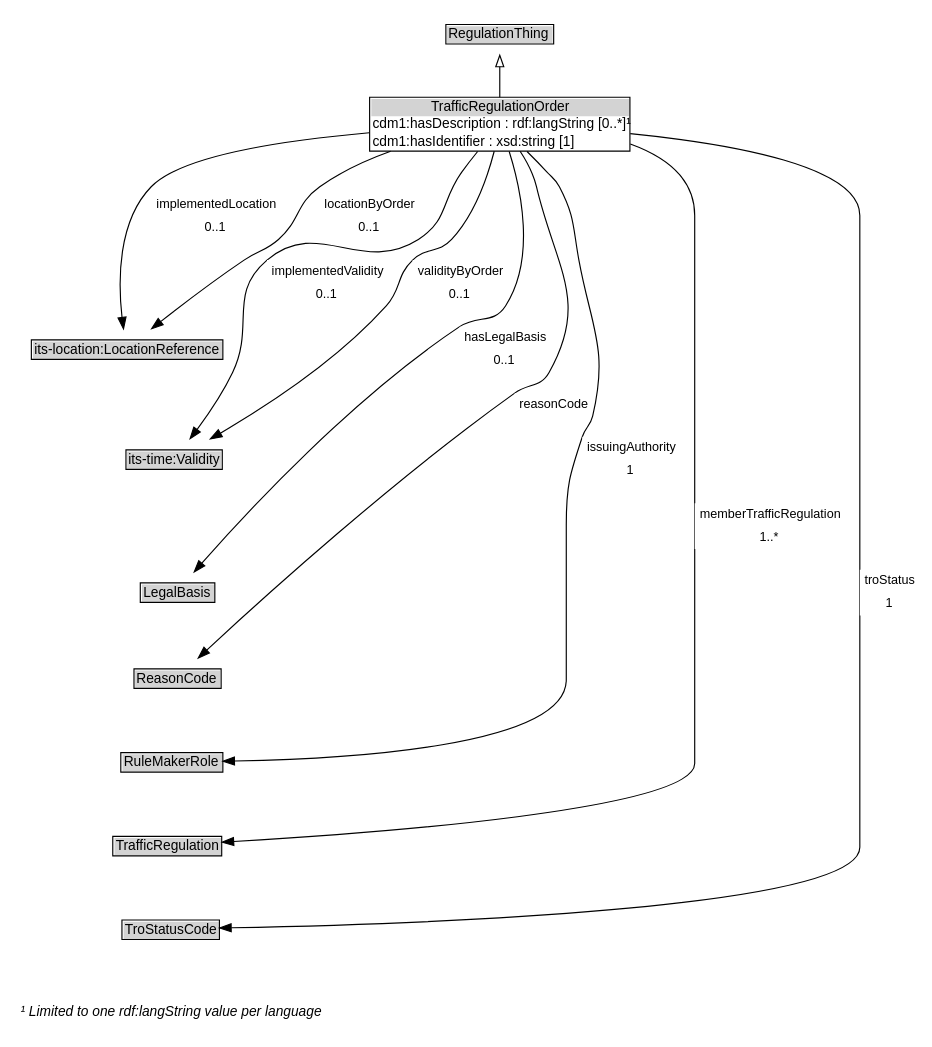
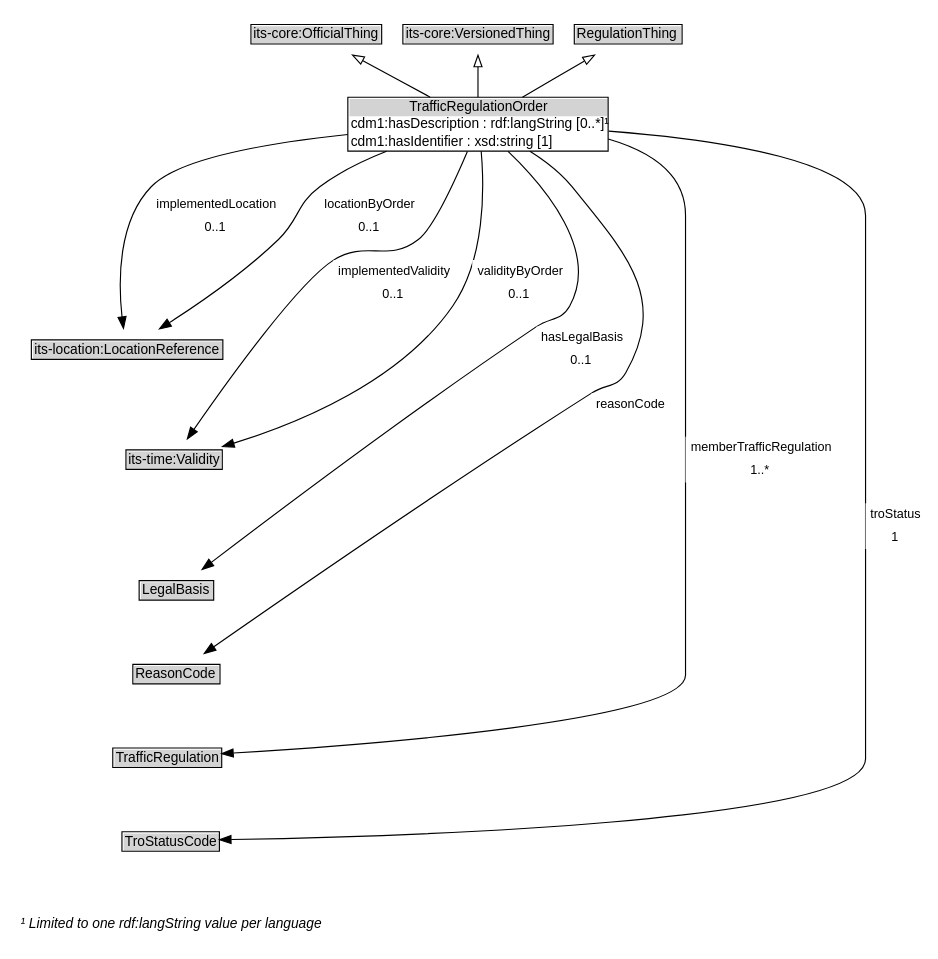
One commit to k-vaughn/ontology-its-regulation changed the diagram in docs/diagrams/TrafficRegulationOrder.dot. Above: the diagram before and after it, drawn with Graphviz. The commit also changed 98 other files, not shown here.

```diff
--- a/docs/diagrams/TrafficRegulationOrder.dot
+++ b/docs/diagrams/TrafficRegulationOrder.dot
@@ -1,52 +1,52 @@
 // Diagram for TrafficRegulationOrder
 digraph {
 	graph [overlap=false rankdir=TB splines=true]
 	node [fontname=Arial fontsize=12 margin=0 shape=none]
 	edge [fontname=Arial fontsize=11]
 	{
 		rank=source
+		"its-core_OfficialThing" [label=<<TABLE BORDER="1" CELLBORDER="0" CELLSPACING="0" CELLPADDING="1"><TR><TD BGCOLOR="lightgray" ALIGN="CENTER">its-core:OfficialThing</TD></TR></TABLE>> URL="https://w3id.org/itsdata/core/v1/OfficialThing" margin=0]
+		"its-core_VersionedThing" [label=<<TABLE BORDER="1" CELLBORDER="0" CELLSPACING="0" CELLPADDING="1"><TR><TD BGCOLOR="lightgray" ALIGN="CENTER">its-core:VersionedThing</TD></TR></TABLE>> URL="https://w3id.org/itsdata/core/v1/VersionedThing" margin=0]
 		RegulationThing [label=<<TABLE BORDER="1" CELLBORDER="0" CELLSPACING="0" CELLPADDING="1"><TR><TD BGCOLOR="lightgray" ALIGN="CENTER">RegulationThing</TD></TR></TABLE>> URL="../RegulationThing" margin=0]
 	}
 	TrafficRegulationOrder [label=<<TABLE BORDER="1" CELLBORDER="0" CELLSPACING="0" CELLPADDING="1"><TR><TD BGCOLOR="lightgray" ALIGN="CENTER">TrafficRegulationOrder</TD></TR><TR><TD ALIGN="LEFT">cdm1:hasDescription : rdf:langString [0..*]¹</TD></TR><TR><TD ALIGN="LEFT">cdm1:hasIdentifier : xsd:string [1]</TD></TR></TABLE>> URL="../TrafficRegulationOrder" margin=0]
 	{
 		rank=max
 	}
 	subgraph cluster_associated {
 		label="" style=invis
 		Invis [label=<<TABLE BORDER="0" CELLBORDER="0" CELLSPACING="0" CELLPADDING="1"><TR><TD></TD></TR></TABLE>> margin=0 style=invis]
 		"its-location_LocationReference" [label=<<TABLE BORDER="1" CELLBORDER="0" CELLSPACING="0" CELLPADDING="1"><TR><TD BGCOLOR="lightgray" ALIGN="CENTER">its-location:LocationReference</TD></TR></TABLE>> URL="https://w3id.org/itsdata/location/v1/LocationReference" margin=0]
 		"its-time_Validity" [label=<<TABLE BORDER="1" CELLBORDER="0" CELLSPACING="0" CELLPADDING="1"><TR><TD BGCOLOR="lightgray" ALIGN="CENTER">its-time:Validity</TD></TR></TABLE>> URL="https://w3id.org/itsdata/time/v1/Validity" margin=0]
 		LegalBasis [label=<<TABLE BORDER="1" CELLBORDER="0" CELLSPACING="0" CELLPADDING="1"><TR><TD BGCOLOR="lightgray" ALIGN="CENTER">LegalBasis</TD></TR></TABLE>> URL="../LegalBasis" margin=0]
 		ReasonCode [label=<<TABLE BORDER="1" CELLBORDER="0" CELLSPACING="0" CELLPADDING="1"><TR><TD BGCOLOR="lightgray" ALIGN="CENTER">ReasonCode</TD></TR></TABLE>> URL="../ReasonCode" margin=0]
-		RuleMakerRole [label=<<TABLE BORDER="1" CELLBORDER="0" CELLSPACING="0" CELLPADDING="1"><TR><TD BGCOLOR="lightgray" ALIGN="CENTER">RuleMakerRole</TD></TR></TABLE>> URL="../RuleMakerRole" margin=0]
 		TrafficRegulation [label=<<TABLE BORDER="1" CELLBORDER="0" CELLSPACING="0" CELLPADDING="1"><TR><TD BGCOLOR="lightgray" ALIGN="CENTER">TrafficRegulation</TD></TR></TABLE>> URL="../TrafficRegulation" margin=0]
 		TroStatusCode [label=<<TABLE BORDER="1" CELLBORDER="0" CELLSPACING="0" CELLPADDING="1"><TR><TD BGCOLOR="lightgray" ALIGN="CENTER">TroStatusCode</TD></TR></TABLE>> URL="../TroStatusCode" margin=0]
 	}
+	TrafficRegulationOrder -> "its-core_OfficialThing" [arrowhead=onormal style=solid]
+	TrafficRegulationOrder -> "its-core_VersionedThing" [arrowhead=onormal style=solid]
 	TrafficRegulationOrder -> RegulationThing [arrowhead=onormal style=solid]
 	TrafficRegulationOrder -> Invis [style=invis]
 	Invis -> "its-location_LocationReference" [style=invis]
 	"its-location_LocationReference" -> "its-time_Validity" [style=invis]
 	"its-time_Validity" -> LegalBasis [style=invis]
 	LegalBasis -> ReasonCode [style=invis]
-	ReasonCode -> RuleMakerRole [style=invis]
-	RuleMakerRole -> TrafficRegulation [style=invis]
+	ReasonCode -> TrafficRegulation [style=invis]
 	TrafficRegulation -> TroStatusCode [style=invis]
 	TrafficRegulation [label=<<TABLE BORDER="1" CELLBORDER="0" CELLSPACING="0" CELLPADDING="1"><TR><TD BGCOLOR="lightgray" ALIGN="CENTER">TrafficRegulation</TD></TR></TABLE>> URL="../TrafficRegulation" margin=0]
 	TrafficRegulationOrder -> TrafficRegulation [label=<<TABLE BORDER="0" CELLBORDER="0" CELLSPACING="0" CELLPADDING="4" BGCOLOR="white"><TR><TD ALIGN="CENTER">memberTrafficRegulation</TD></TR><TR><TD ALIGN="CENTER">1..*</TD></TR></TABLE>> arrowhead=normal style=solid]
-	RuleMakerRole [label=<<TABLE BORDER="1" CELLBORDER="0" CELLSPACING="0" CELLPADDING="1"><TR><TD BGCOLOR="lightgray" ALIGN="CENTER">RuleMakerRole</TD></TR></TABLE>> URL="../RuleMakerRole" margin=0]
-	TrafficRegulationOrder -> RuleMakerRole [label=<<TABLE BORDER="0" CELLBORDER="0" CELLSPACING="0" CELLPADDING="4" BGCOLOR="white"><TR><TD ALIGN="CENTER">issuingAuthority</TD></TR><TR><TD ALIGN="CENTER">1</TD></TR></TABLE>> arrowhead=normal style=solid]
 	ReasonCode [label=<<TABLE BORDER="1" CELLBORDER="0" CELLSPACING="0" CELLPADDING="1"><TR><TD BGCOLOR="lightgray" ALIGN="CENTER">ReasonCode</TD></TR></TABLE>> URL="../ReasonCode" margin=0]
 	TrafficRegulationOrder -> ReasonCode [label=<<TABLE BORDER="0" CELLBORDER="0" CELLSPACING="0" CELLPADDING="4" BGCOLOR="white"><TR><TD ALIGN="CENTER">reasonCode</TD></TR></TABLE>> arrowhead=normal style=solid]
 	TroStatusCode [label=<<TABLE BORDER="1" CELLBORDER="0" CELLSPACING="0" CELLPADDING="1"><TR><TD BGCOLOR="lightgray" ALIGN="CENTER">TroStatusCode</TD></TR></TABLE>> URL="../TroStatusCode" margin=0]
 	TrafficRegulationOrder -> TroStatusCode [label=<<TABLE BORDER="0" CELLBORDER="0" CELLSPACING="0" CELLPADDING="4" BGCOLOR="white"><TR><TD ALIGN="CENTER">troStatus</TD></TR><TR><TD ALIGN="CENTER">1</TD></TR></TABLE>> arrowhead=normal style=solid]
 	LegalBasis [label=<<TABLE BORDER="1" CELLBORDER="0" CELLSPACING="0" CELLPADDING="1"><TR><TD BGCOLOR="lightgray" ALIGN="CENTER">LegalBasis</TD></TR></TABLE>> URL="../LegalBasis" margin=0]
 	TrafficRegulationOrder -> LegalBasis [label=<<TABLE BORDER="0" CELLBORDER="0" CELLSPACING="0" CELLPADDING="4" BGCOLOR="white"><TR><TD ALIGN="CENTER">hasLegalBasis</TD></TR><TR><TD ALIGN="CENTER">0..1</TD></TR></TABLE>> arrowhead=normal style=solid]
 	"its-location_LocationReference" [label=<<TABLE BORDER="1" CELLBORDER="0" CELLSPACING="0" CELLPADDING="1"><TR><TD BGCOLOR="lightgray" ALIGN="CENTER">its-location:LocationReference</TD></TR></TABLE>> URL="https://w3id.org/itsdata/location/v1/LocationReference" margin=0]
 	TrafficRegulationOrder -> "its-location_LocationReference" [label=<<TABLE BORDER="0" CELLBORDER="0" CELLSPACING="0" CELLPADDING="4" BGCOLOR="white"><TR><TD ALIGN="CENTER">implementedLocation</TD></TR><TR><TD ALIGN="CENTER">0..1</TD></TR></TABLE>> arrowhead=normal style=solid]
 	TrafficRegulationOrder -> "its-location_LocationReference" [label=<<TABLE BORDER="0" CELLBORDER="0" CELLSPACING="0" CELLPADDING="4" BGCOLOR="white"><TR><TD ALIGN="CENTER">locationByOrder</TD></TR><TR><TD ALIGN="CENTER">0..1</TD></TR></TABLE>> arrowhead=normal style=solid]
 	"its-time_Validity" [label=<<TABLE BORDER="1" CELLBORDER="0" CELLSPACING="0" CELLPADDING="1"><TR><TD BGCOLOR="lightgray" ALIGN="CENTER">its-time:Validity</TD></TR></TABLE>> URL="https://w3id.org/itsdata/time/v1/Validity" margin=0]
 	TrafficRegulationOrder -> "its-time_Validity" [label=<<TABLE BORDER="0" CELLBORDER="0" CELLSPACING="0" CELLPADDING="4" BGCOLOR="white"><TR><TD ALIGN="CENTER">implementedValidity</TD></TR><TR><TD ALIGN="CENTER">0..1</TD></TR></TABLE>> arrowhead=normal style=solid]
 	TrafficRegulationOrder -> "its-time_Validity" [label=<<TABLE BORDER="0" CELLBORDER="0" CELLSPACING="0" CELLPADDING="4" BGCOLOR="white"><TR><TD ALIGN="CENTER">validityByOrder</TD></TR><TR><TD ALIGN="CENTER">0..1</TD></TR></TABLE>> arrowhead=normal style=solid]
 	TrafficRegulationOrder_uniqueLang_note [label=<<TABLE BORDER="0" CELLBORDER="0" CELLSPACING="0" CELLPADDING="2"><TR><TD ALIGN="LEFT"><I>¹ Limited to one rdf:langString value per language</I></TD></TR></TABLE>> margin=0]
 	TroStatusCode -> TrafficRegulationOrder_uniqueLang_note [style=invis]
 }
```
